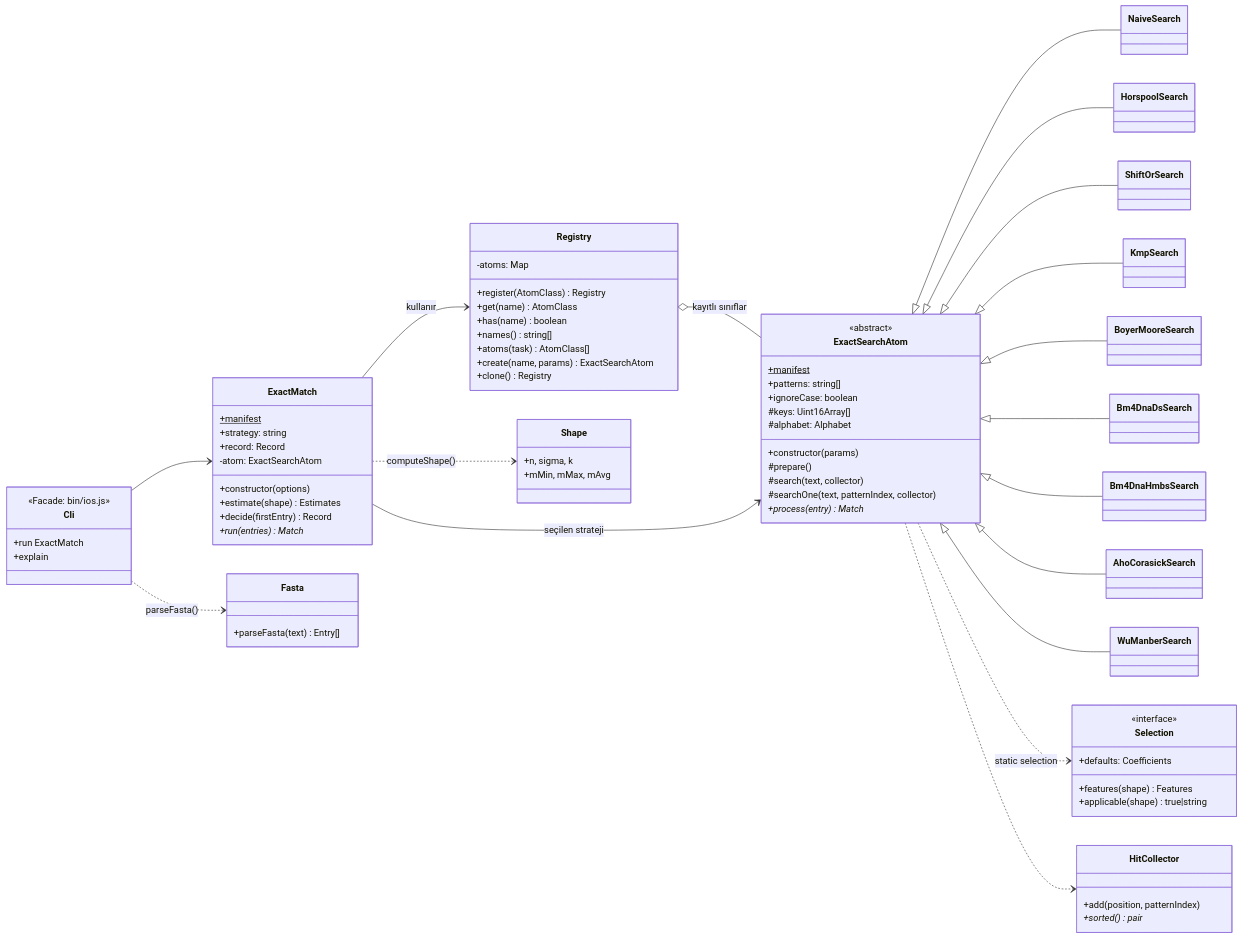
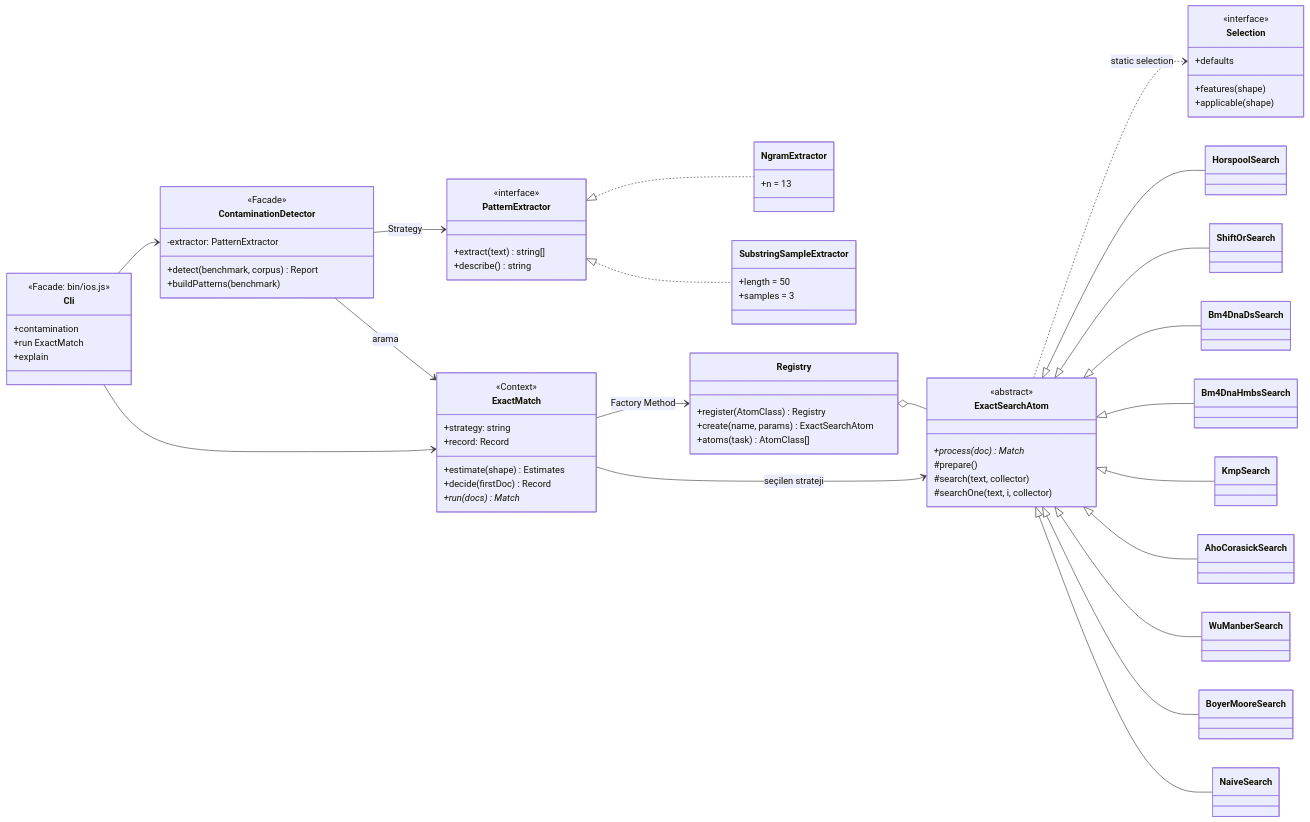
One commit to ilaydarslan/YZM327-odev3 changed the diagram in docs/figures/sinif_diyagrami.mmd. Above: the diagram before and after it, drawn with Mermaid. The commit also changed 59 other files, not shown here.

```diff
--- a/docs/figures/sinif_diyagrami.mmd
+++ b/docs/figures/sinif_diyagrami.mmd
@@ -1,88 +1,71 @@
 classDiagram
   direction LR
-  class ExactSearchAtom {
-    <<abstract>>
-    +manifest$
-    +patterns: string[]
-    +ignoreCase: boolean
-    #keys: Uint16Array[]
-    #alphabet: Alphabet
-    +constructor(params)
-    #prepare()
-    #search(text, collector)
-    #searchOne(text, patternIndex, collector)
-    +process(entry)* Match
-  }
-  class NaiveSearch
-  class HorspoolSearch
-  class ShiftOrSearch
-  class KmpSearch
-  class BoyerMooreSearch
-  class Bm4DnaDsSearch
-  class Bm4DnaHmbsSearch
-  class AhoCorasickSearch
-  class WuManberSearch
-  ExactSearchAtom <|-- NaiveSearch
-  ExactSearchAtom <|-- HorspoolSearch
-  ExactSearchAtom <|-- ShiftOrSearch
-  ExactSearchAtom <|-- KmpSearch
-  ExactSearchAtom <|-- BoyerMooreSearch
-  ExactSearchAtom <|-- Bm4DnaDsSearch
-  ExactSearchAtom <|-- Bm4DnaHmbsSearch
-  ExactSearchAtom <|-- AhoCorasickSearch
-  ExactSearchAtom <|-- WuManberSearch
-
-  class Selection {
-    <<interface>>
-    +features(shape) Features
-    +defaults: Coefficients
-    +applicable(shape) true|string
-  }
-  ExactSearchAtom ..> Selection : static selection
-
-  class Registry {
-    -atoms: Map
-    +register(AtomClass) Registry
-    +get(name) AtomClass
-    +has(name) boolean
-    +names() string[]
-    +atoms(task) AtomClass[]
-    +create(name, params) ExactSearchAtom
-    +clone() Registry
-  }
-  Registry o-- ExactSearchAtom : kayıtlı sınıflar
-
-  class ExactMatch {
-    +manifest$
-    +strategy: string
-    +record: Record
-    -atom: ExactSearchAtom
-    +constructor(options)
-    +estimate(shape) Estimates
-    +decide(firstEntry) Record
-    +run(entries)* Match
-  }
-  ExactMatch --> Registry : kullanır
-  ExactMatch --> ExactSearchAtom : seçilen strateji
-  ExactMatch ..> Shape : computeShape()
-
-  class Shape {
-    +n, sigma, k
-    +mMin, mMax, mAvg
-  }
-  class HitCollector {
-    +add(position, patternIndex)
-    +sorted()* pair
-  }
-  ExactSearchAtom ..> HitCollector
-
   class Cli {
     <<Facade: bin/ios.js>>
+    +contamination
     +run ExactMatch
     +explain
   }
+  class ContaminationDetector {
+    <<Facade>>
+    -extractor: PatternExtractor
+    +detect(benchmark, corpus) Report
+    +buildPatterns(benchmark)
+  }
+  class PatternExtractor {
+    <<interface>>
+    +extract(text) string[]
+    +describe() string
+  }
+  class NgramExtractor {
+    +n = 13
+  }
+  class SubstringSampleExtractor {
+    +length = 50
+    +samples = 3
+  }
+  class ExactMatch {
+    <<Context>>
+    +strategy: string
+    +record: Record
+    +estimate(shape) Estimates
+    +decide(firstDoc) Record
+    +run(docs)* Match
+  }
+  class Registry {
+    +register(AtomClass) Registry
+    +create(name, params) ExactSearchAtom
+    +atoms(task) AtomClass[]
+  }
+  class ExactSearchAtom {
+    <<abstract>>
+    +process(doc)* Match
+    #prepare()
+    #search(text, collector)
+    #searchOne(text, i, collector)
+  }
+  class Selection {
+    <<interface>>
+    +features(shape)
+    +defaults
+    +applicable(shape)
+  }
+  Cli --> ContaminationDetector
   Cli --> ExactMatch
-  Cli ..> Fasta : parseFasta()
-  class Fasta {
-    +parseFasta(text) Entry[]
-  }
+  ContaminationDetector --> PatternExtractor : Strategy
+  ContaminationDetector --> ExactMatch : arama
+  PatternExtractor <|.. NgramExtractor
+  PatternExtractor <|.. SubstringSampleExtractor
+  ExactMatch --> Registry : Factory Method
+  ExactMatch --> ExactSearchAtom : seçilen strateji
+  Registry o-- ExactSearchAtom
+  ExactSearchAtom ..> Selection : static selection
+  ExactSearchAtom <|-- HorspoolSearch
+  ExactSearchAtom <|-- ShiftOrSearch
+  ExactSearchAtom <|-- Bm4DnaDsSearch
+  ExactSearchAtom <|-- Bm4DnaHmbsSearch
+  ExactSearchAtom <|-- KmpSearch
+  ExactSearchAtom <|-- AhoCorasickSearch
+  ExactSearchAtom <|-- WuManberSearch
+  ExactSearchAtom <|-- BoyerMooreSearch
+  ExactSearchAtom <|-- NaiveSearch
```
